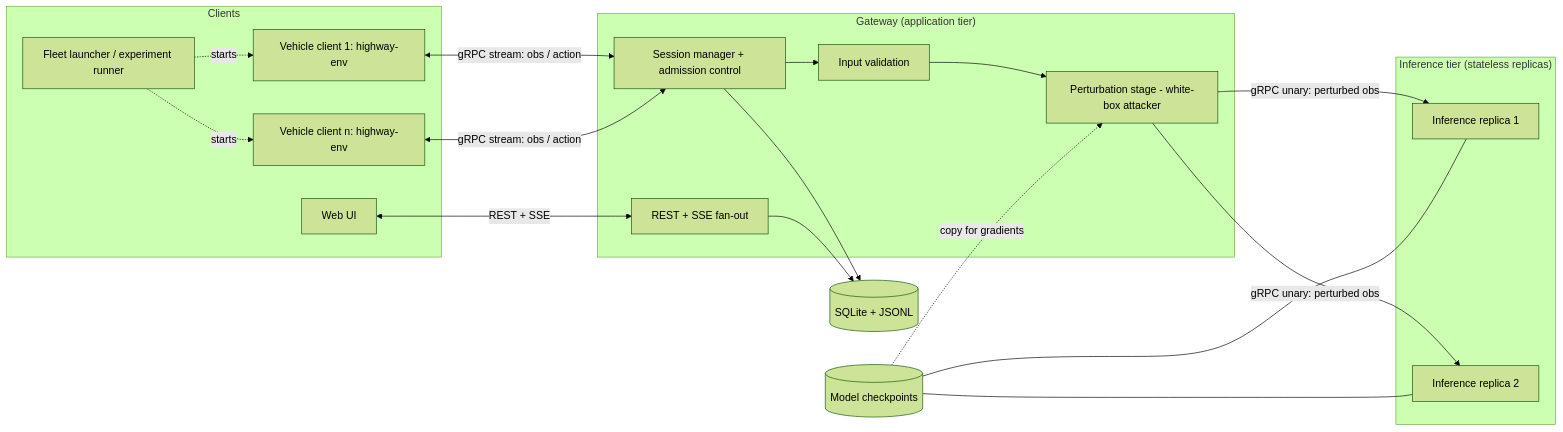
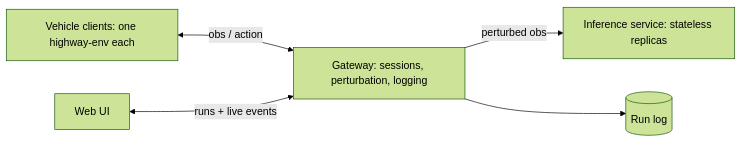
One commit to Internet-CADS/P7-Internet-Connected-Autonomous-Driving-System changed the diagram in docs/SPEC.md. Above: the diagram before and after it, drawn with Mermaid (forest theme). The commit also changed other lines of this file and 1 other file, not shown here.

First line of the commit message:
docs: spec v0.6 short form while the architecture is undecided

````diff
--- a/docs/SPEC.md
+++ b/docs/SPEC.md
@@ -359,34 +35,7 @@
 ```mermaid
 flowchart LR
-    subgraph Clients
-        V1[Vehicle client 1: highway-env]
-        VN[Vehicle client n: highway-env]
-        UI[Web UI]
-        FL[Fleet launcher / experiment runner]
-    end
-    subgraph GW["Gateway (application tier)"]
-        SES[Session manager + admission control]
-        VAL[Input validation]
-        PERT[Perturbation stage - white-box attacker]
-        API[REST + SSE fan-out]
-    end
-    subgraph INF["Inference tier (stateless replicas)"]
-        I1[Inference replica 1]
-        I2[Inference replica 2]
-    end
-    DB[(SQLite + JSONL)]
-    CK[(Model checkpoints)]
-    FL -. starts .-> V1
-    FL -. starts .-> VN
-    V1 <-->|gRPC stream: obs / action| SES
-    VN <-->|gRPC stream: obs / action| SES
-    SES --> VAL --> PERT
-    PERT -->|gRPC unary: perturbed obs| I1
-    PERT -->|gRPC unary: perturbed obs| I2
-    SES --> DB
-    API --> DB
-    UI <-->|REST + SSE| API
-    CK --- I1
-    CK --- I2
-    CK -. copy for gradients .-> PERT
+    V[Vehicle clients: one highway-env each] <-->|obs / action| G[Gateway: sessions, perturbation, logging]
+    G -->|perturbed obs| I[Inference service: stateless replicas]
+    G --> DB[(Run log)]
+    UI[Web UI] <-->|runs + live events| G
 ```
````
